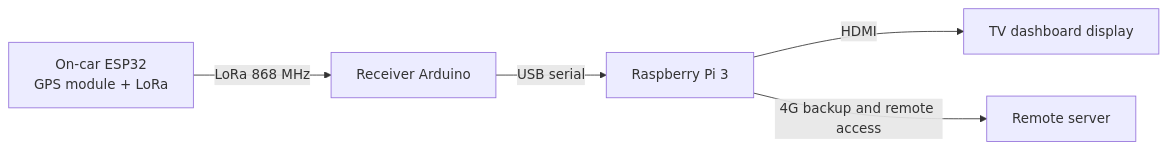
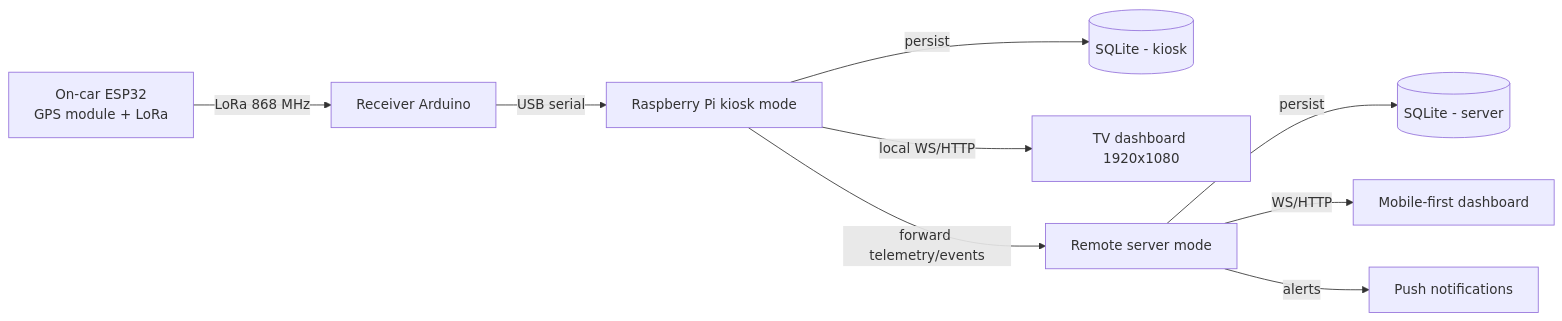
One commit to julien-wff/24h-stan-dashboard changed the diagram in README.md. Above: the diagram before and after it, drawn with Mermaid. The commit also changed other lines of this file, not shown here.

Commit message:
docs: add dual mode architecture (kiosk + server)

````diff
--- a/README.md
+++ b/README.md
@@ -212,13 +285,21 @@
 ```mermaid
 flowchart LR
   A[On-car ESP32<br/>GPS module + LoRa]
   B[Receiver Arduino]
-  C[Raspberry Pi 3]
-  D[Remote server]
-  E[TV dashboard display]
+  C[Raspberry Pi kiosk mode]
+  D[(SQLite - kiosk)]
+  E[TV dashboard 1920x1080]
+  F[Remote server mode]
+  G[(SQLite - server)]
+  H[Mobile-first dashboard]
+  I[Push notifications]
 
   A -- LoRa 868 MHz --> B
   B -- USB serial --> C
-  C -- HDMI --> E
-  C -- 4G backup and remote access --> D
+  C -- persist --> D
+  C -- local WS/HTTP --> E
+  C -- forward telemetry/events --> F
+  F -- persist --> G
+  F -- WS/HTTP --> H
+  F -- alerts --> I
 ```
````
